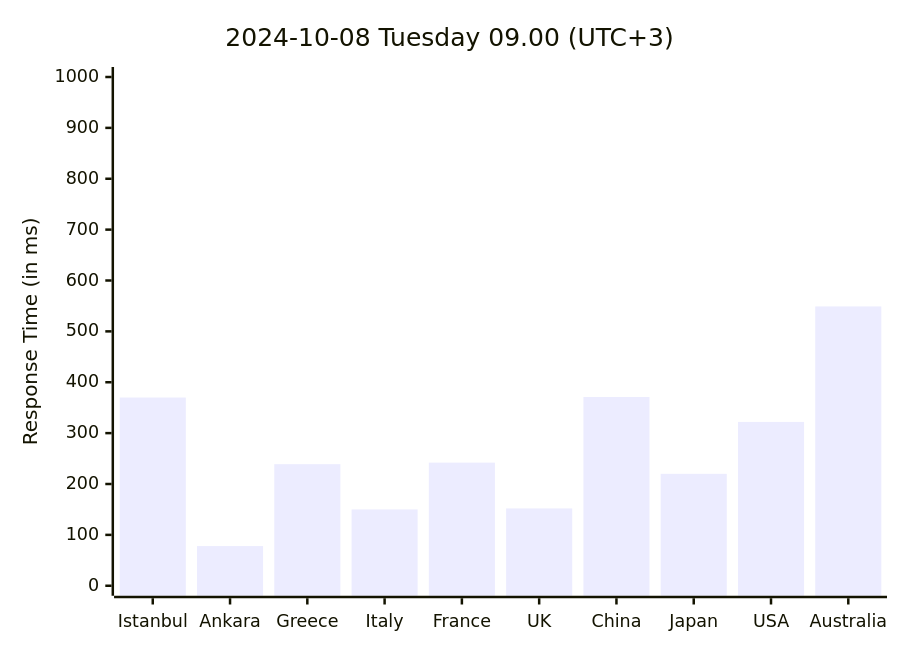
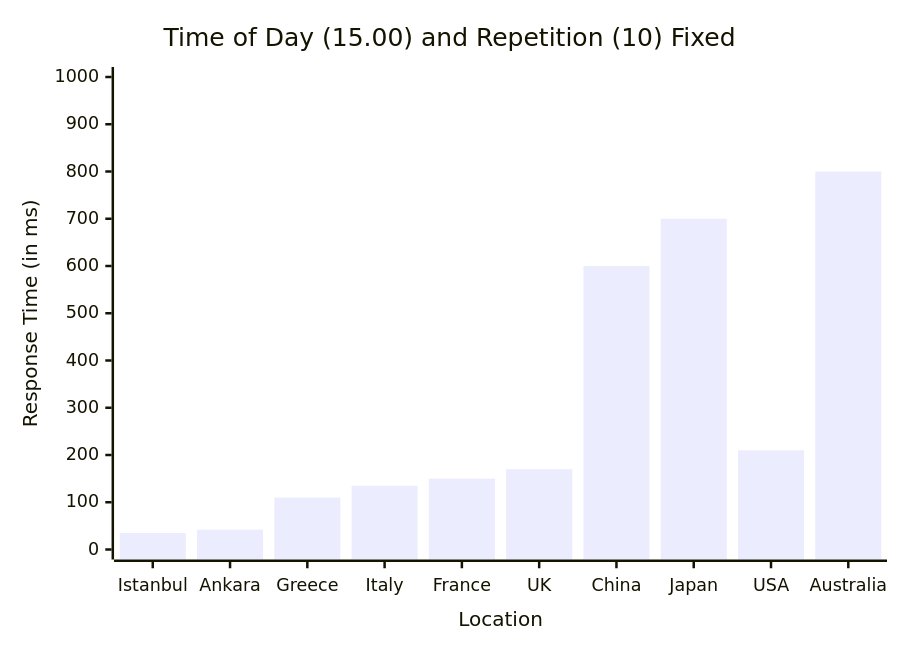
One commit to necipsagiro/principles-of-computer-communication changed the first of 3 diagrams in hw1/README.md. Above: the diagram before and after it, drawn with Mermaid. The commit also changed other lines of this file and 1 other file, not shown here.

````diff
--- a/hw1/README.md
+++ b/hw1/README.md
@@ -17,7 +15,7 @@
 ```mermaid
 xychart-beta
-    title "2024-10-08 Tuesday 09.00 (UTC+3)"
-    x-axis [Istanbul, Ankara, Greece, Italy, France, UK, China, Japan, USA, Australia]
+    title "Time of Day (15.00) and Repetition (10) Fixed"
+    x-axis "Location" [Istanbul, Ankara, Greece, Italy, France, UK, China, Japan, USA, Australia]
     y-axis "Response Time (in ms)" 0 --> 1000
-    bar [370, 78, 239, 150, 242, 152, 371, 220, 322, 549]
+    bar [35, 42, 110, 135, 150, 170, 600, 700, 210, 800]
 ```
````
